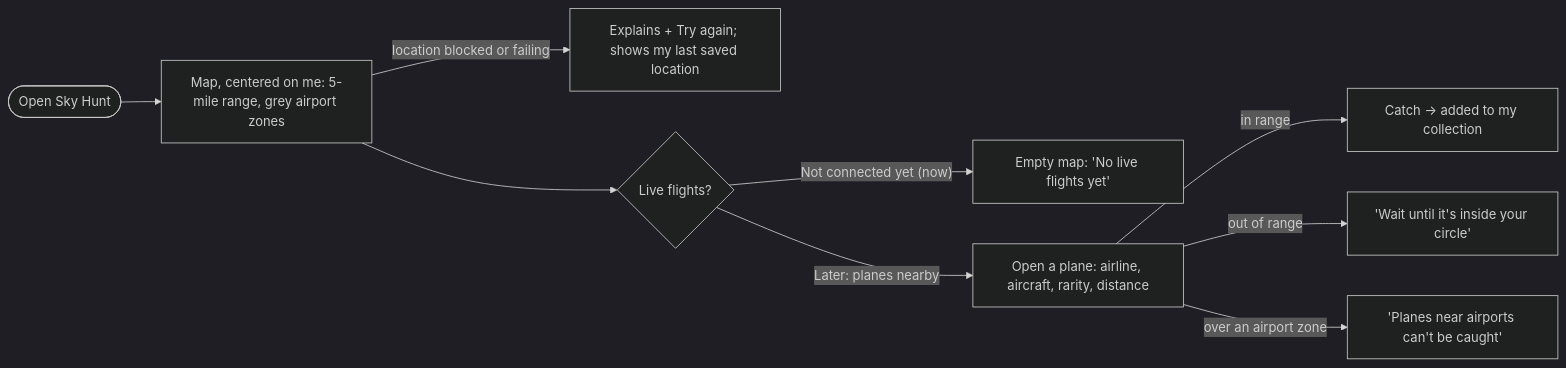
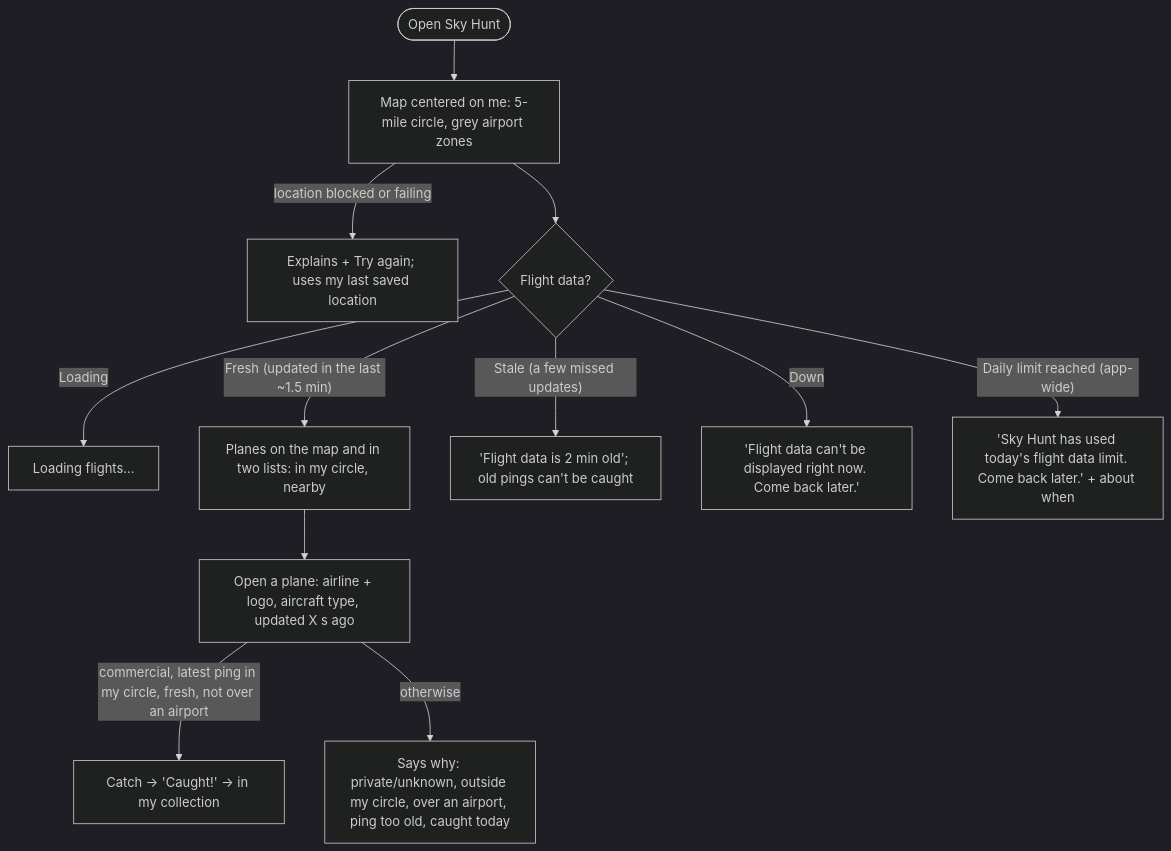
The second of 2 diagrams in flows.md (neilpandya01/hw5-dbs), drawn with Mermaid (dark theme) before and after one commit. The commit also changed other lines of this file and 3 other files, not shown here.

Commit message:
Document the live data system and setup steps

````diff
--- a/flows.md
+++ b/flows.md
@@ -38,11 +38,14 @@
 ```mermaid
-flowchart LR
-  A([Open Sky Hunt]) --> R["Map, centered on me: 5-mile range, grey airport zones"]
-  R -->|location blocked or failing| P["Explains + Try again; shows my last saved location"]
-  R --> F{Live flights?}
-  F -- "Not connected yet (now)" --> E["Empty map: 'No live flights yet'"]
-  F -- "Later: planes nearby" --> O["Open a plane: airline, aircraft, rarity, distance"]
-  O -->|in range| C["Catch → added to my collection"]
-  O -->|out of range| W["'Wait until it's inside your circle'"]
-  O -->|over an airport zone| Z["'Planes near airports can't be caught'"]
+flowchart TD
+  A([Open Sky Hunt]) --> R["Map centered on me: 5-mile circle, grey airport zones"]
+  R -->|location blocked or failing| P["Explains + Try again; uses my last saved location"]
+  R --> F{Flight data?}
+  F -- "Loading" --> L["Loading flights…"]
+  F -- "Fresh (updated in the last ~1.5 min)" --> M["Planes on the map and in two lists: in my circle, nearby"]
+  F -- "Stale (a few missed updates)" --> S["'Flight data is 2 min old'; old pings can't be caught"]
+  F -- "Down" --> D["'Flight data can't be displayed right now. Come back later.'"]
+  F -- "Daily limit reached (app-wide)" --> X["'Sky Hunt has used today's flight data limit. Come back later.' + about when"]
+  M --> O["Open a plane: airline + logo, aircraft type, updated X s ago"]
+  O -->|commercial, latest ping in my circle, fresh, not over an airport| C["Catch → 'Caught!' → in my collection"]
+  O -->|otherwise| W["Says why: private/unknown, outside my circle, over an airport, ping too old, caught today"]
 ```
````
